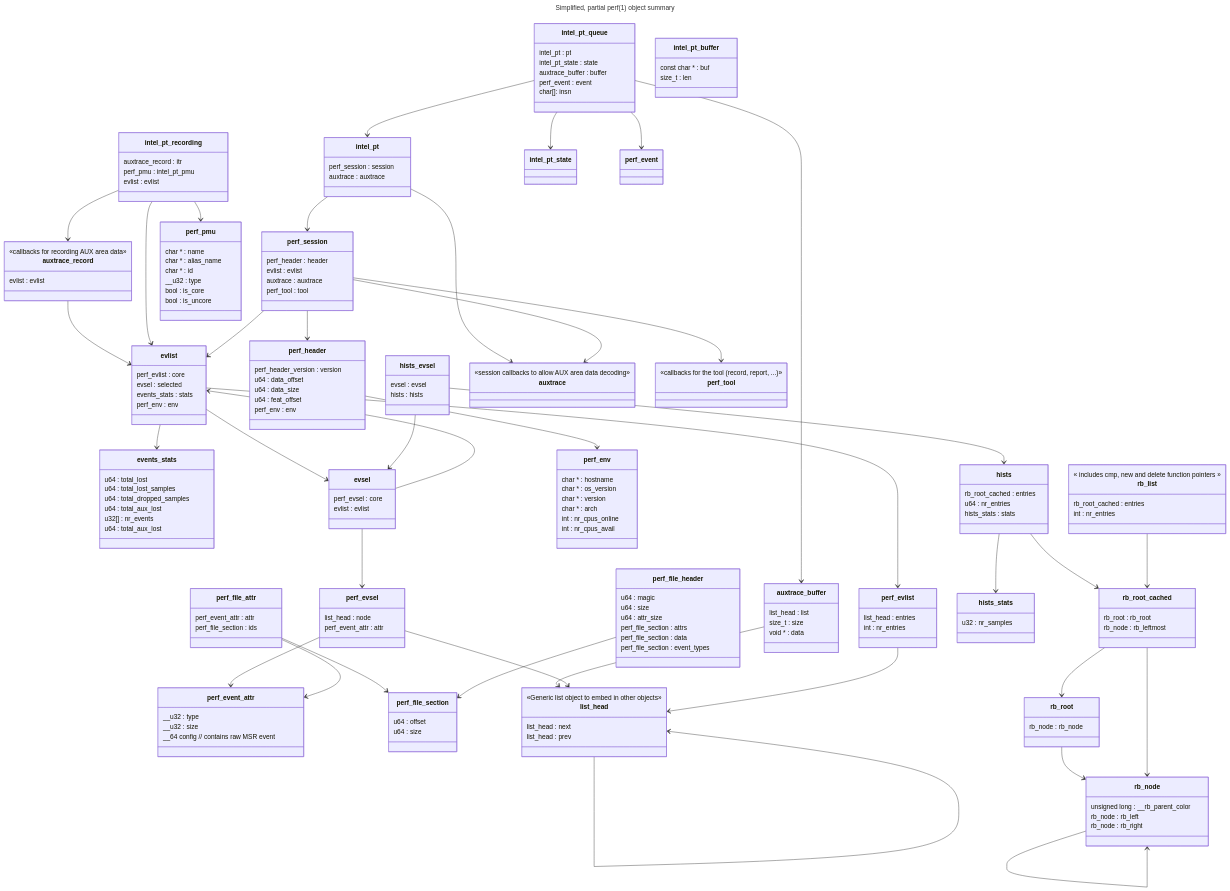
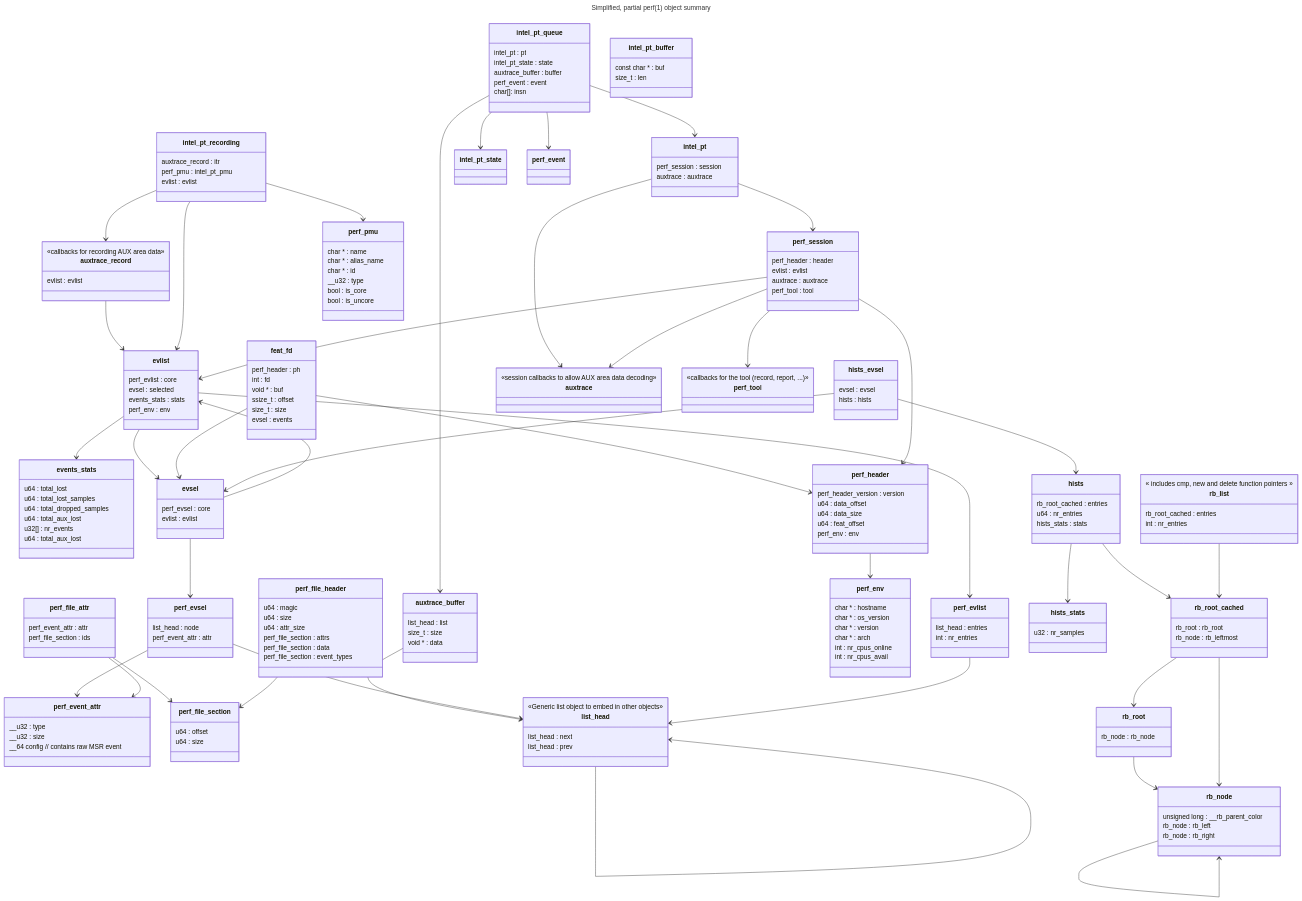
One commit to jamesodhunt/foo changed the diagram in mermaid-classes-2.md. Above: the diagram before and after it, drawn with Mermaid.

```diff
--- a/mermaid-classes-2.md
+++ b/mermaid-classes-2.md
@@ -53,6 +53,15 @@
       u64 : data_size
       u64 : feat_offset
       perf_env : env
+    }
+
+    class feat_fd {
+      perf_header : ph
+      int : fd
+      void * : buf
+      ssize_t : offset
+      size_t : size
+      evsel : events
     }
 
     class perf_file_header {
@@ -192,6 +201,9 @@
     evsel --> perf_evsel
     evsel --> evlist
 
+    feat_fd --> perf_header
+    feat_fd --> evsel
+
     hists --> hists_stats
     hists --> rb_root_cached
 
```
